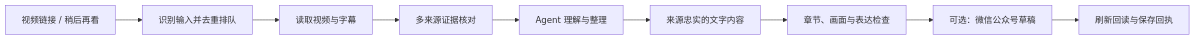
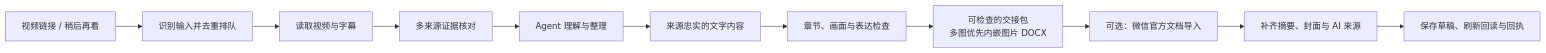
The diagram in README.md (MindMobius/video-content-skills), drawn with Mermaid before and after one commit. The commit also changed other lines of this file and 15 other files, not shown here.

````diff
--- a/README.md
+++ b/README.md
@@ -25,11 +25,13 @@
 ```mermaid
 flowchart LR
     A[视频链接 / 稍后再看] --> B[识别输入并去重排队]
     B --> C[读取视频与字幕]
     C --> D[多来源证据核对]
     D --> E[Agent 理解与整理]
     E --> F[来源忠实的文字内容]
     F --> G[章节、画面与表达检查]
-    G --> H[可选：微信公众号草稿]
-    H --> I[刷新回读与保存回执]
+    G --> H[可检查的交接包<br/>多图优先内嵌图片 DOCX]
+    H --> I[可选：微信官方文档导入]
+    I --> J[补齐摘要、封面与 AI 来源]
+    J --> K[保存草稿、刷新回读与回执]
 ```
````
